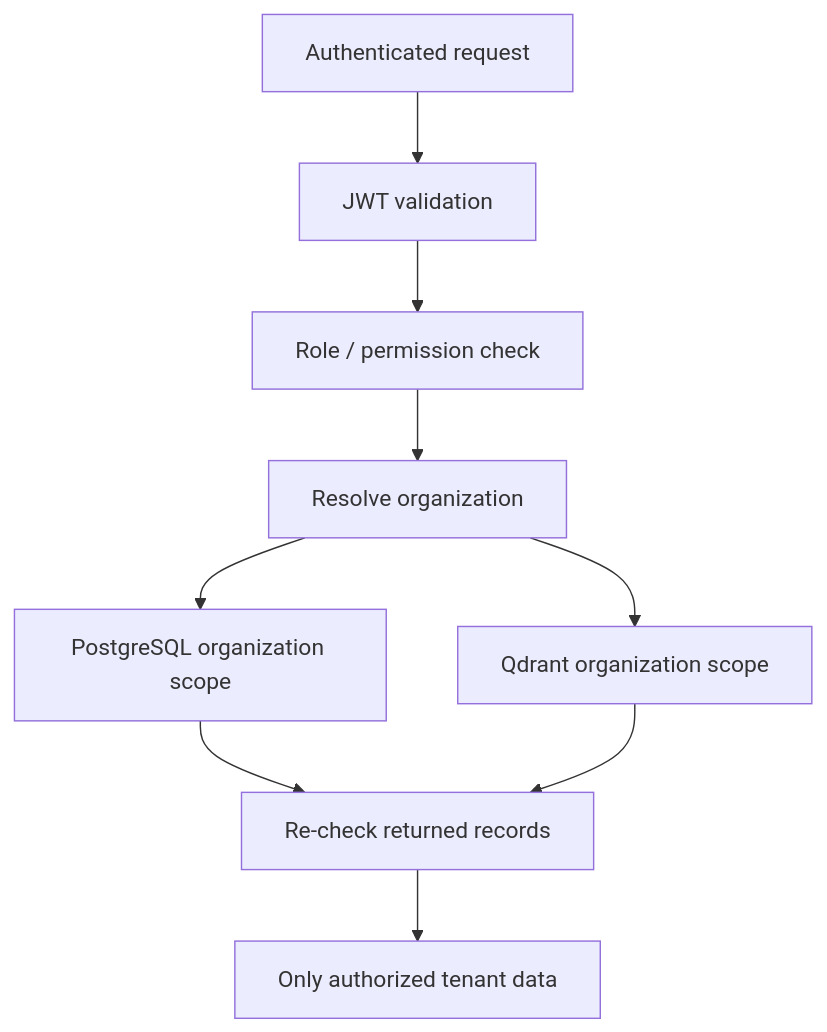
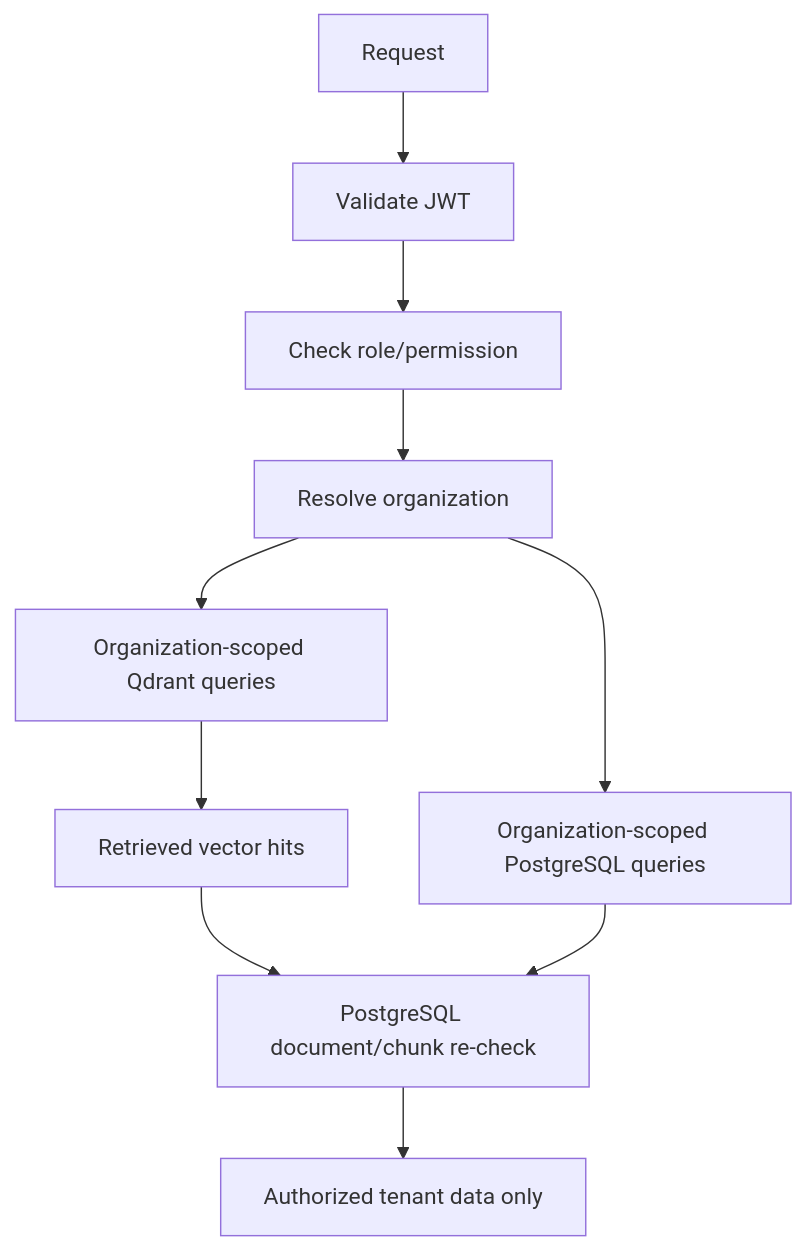
The sixth of 8 diagrams in README.md (Sujeet-Kona/NEXORA), drawn with Mermaid before and after one commit. The commit also changed other lines of this file, not shown here.

````diff
--- a/README.md
+++ b/README.md
@@ -227,11 +318,12 @@
 ```mermaid
 flowchart TD
-    REQ[Authenticated request] --> JWT[JWT validation]
-    JWT --> RBAC[Role / permission check]
-    RBAC --> ORG[Resolve organization]
-    ORG --> PG_SCOPE[PostgreSQL organization scope]
-    ORG --> Q_SCOPE[Qdrant organization scope]
-    PG_SCOPE --> VERIFY[Re-check returned records]
-    Q_SCOPE --> VERIFY
-    VERIFY --> DATA[Only authorized tenant data]
+    R[Request] --> JWT[Validate JWT]
+    JWT --> ROLE[Check role/permission]
+    ROLE --> ORG[Resolve organization]
+    ORG --> PG[Organization-scoped PostgreSQL queries]
+    ORG --> QD[Organization-scoped Qdrant queries]
+    QD --> HIT[Retrieved vector hits]
+    HIT --> RECHECK[PostgreSQL document/chunk re-check]
+    PG --> RECHECK
+    RECHECK --> DATA[Authorized tenant data only]
 ```
````
